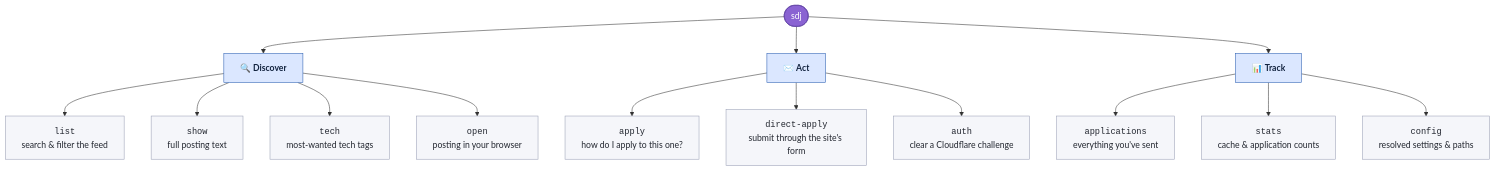
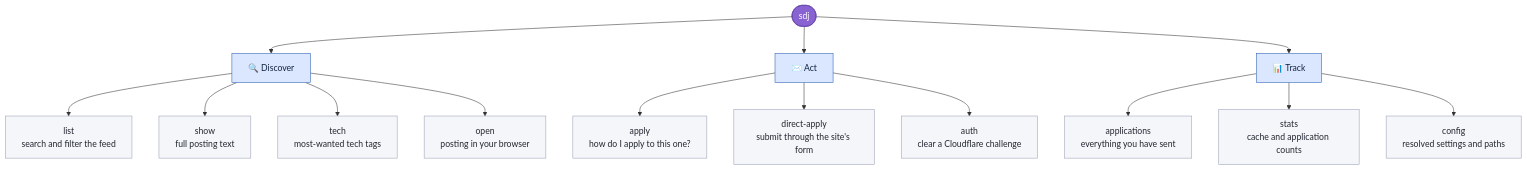
The second of 6 diagrams in README.md (Stupidoodle/swissdevjobs-cli), drawn with Mermaid before and after one commit. The commit also changed other lines of this file, not shown here.

First line of the commit message:
docs: drop HTML tags from mermaid labels

````diff
--- a/README.md
+++ b/README.md
@@ -137,27 +144,27 @@
 ```mermaid
 flowchart TD
-    START(["sdj"]) --> DISCOVER["🔍 <b>Discover</b>"]
-    START --> ACT["✉️ <b>Act</b>"]
-    START --> TRACK["📊 <b>Track</b>"]
+    START(["sdj"]) --> DISCOVER["🔍 Discover"]
+    START --> ACT["✉️ Act"]
+    START --> TRACK["📊 Track"]
 
-    DISCOVER --> L["<code>list</code><br/>search &amp; filter the feed"]
-    DISCOVER --> S["<code>show</code><br/>full posting text"]
-    DISCOVER --> T["<code>tech</code><br/>most-wanted tech tags"]
-    DISCOVER --> O["<code>open</code><br/>posting in your browser"]
+    DISCOVER --> L["list<br/>search and filter the feed"]
+    DISCOVER --> S["show<br/>full posting text"]
+    DISCOVER --> T["tech<br/>most-wanted tech tags"]
+    DISCOVER --> O["open<br/>posting in your browser"]
 
-    ACT --> A["<code>apply</code><br/>how do I apply to this one?"]
-    ACT --> DA["<code>direct-apply</code><br/>submit through the site's form"]
-    ACT --> AU["<code>auth</code><br/>clear a Cloudflare challenge"]
+    ACT --> A["apply<br/>how do I apply to this one?"]
+    ACT --> DA["direct-apply<br/>submit through the site's form"]
+    ACT --> AU["auth<br/>clear a Cloudflare challenge"]
 
-    TRACK --> AP["<code>applications</code><br/>everything you've sent"]
-    TRACK --> ST["<code>stats</code><br/>cache &amp; application counts"]
-    TRACK --> CF["<code>config</code><br/>resolved settings &amp; paths"]
+    TRACK --> AP["applications<br/>everything you have sent"]
+    TRACK --> ST["stats<br/>cache and application counts"]
+    TRACK --> CF["config<br/>resolved settings and paths"]
 
     classDef root fill:#8A63D2,stroke:#5b3fa0,color:#ffffff
     classDef group fill:#dbe7ff,stroke:#2a5db0,color:#12233f
     classDef leaf fill:#f5f6fa,stroke:#9aa0b5,color:#22262f
 
     class START root
     class DISCOVER,ACT,TRACK group
     class L,S,T,O,A,DA,AU,AP,ST,CF leaf
 ```
````
